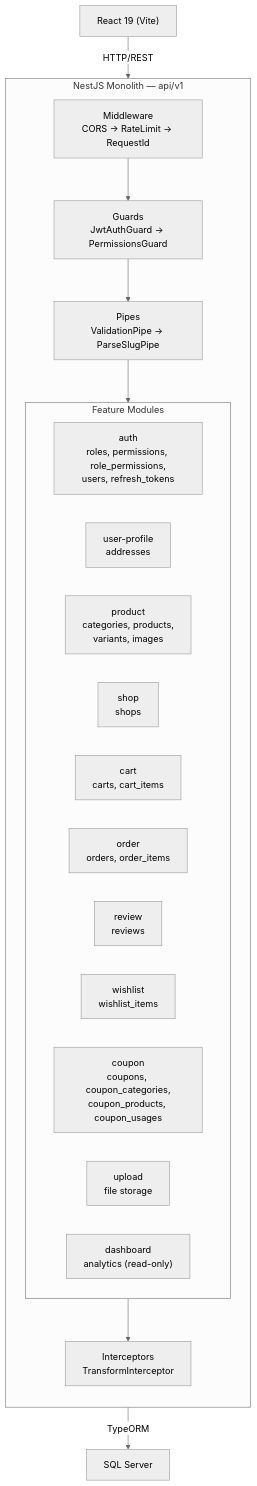
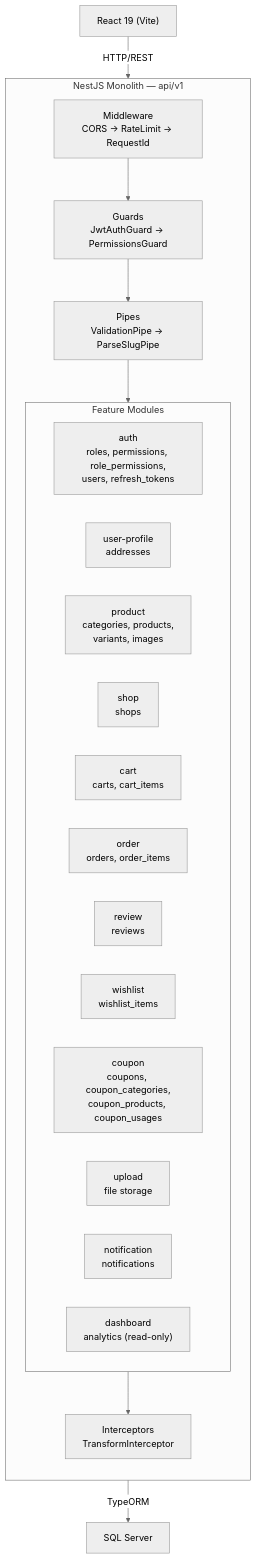
Before and after one commit to Hy-Khang/E-commerce-shop-Amazon-: the first of 3 diagrams in backend-nestjs/docs/BE-ARCHITECTURE.md, drawn with Mermaid (neutral theme). The commit also changed other lines of this file and 8 other files, not shown here.

````diff
--- a/backend-nestjs/docs/BE-ARCHITECTURE.md
+++ b/backend-nestjs/docs/BE-ARCHITECTURE.md
@@ -5,29 +5,30 @@
 ```mermaid
 graph TB
     Client["React 19 (Vite)"] -->|HTTP/REST| API["NestJS API Monolith"]
     API -->|TypeORM| DB["SQL Server"]
 
     subgraph API["NestJS Monolith — api/v1"]
         direction TB
         MW["Middleware<br/>CORS → RateLimit → RequestId"]
         MW --> Guards["Guards<br/>JwtAuthGuard → PermissionsGuard"]
         Guards --> Pipes["Pipes<br/>ValidationPipe → ParseSlugPipe"]
         Pipes --> Features
 
         subgraph Features["Feature Modules"]
             Auth["auth<br/>roles, permissions, role_permissions,<br/>users, refresh_tokens"]
             UP["user-profile<br/>addresses"]
             Prod["product<br/>categories, products,<br/>variants, images"]
             Shop["shop<br/>shops"]
             Cart["cart<br/>carts, cart_items"]
             Order["order<br/>orders, order_items"]
             Review["review<br/>reviews"]
             Wishlist["wishlist<br/>wishlist_items"]
             Coupon["coupon<br/>coupons, coupon_categories,<br/>coupon_products, coupon_usages"]
             Upload["upload<br/>file storage"]
+            Notification["notification<br/>notifications"]
             Dashboard["dashboard<br/>analytics (read-only)"]
         end
 
         Features --> INT["Interceptors<br/>TransformInterceptor"]
     end
 ```
````
